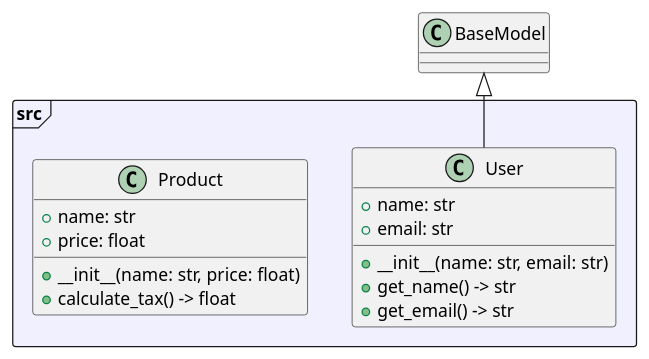
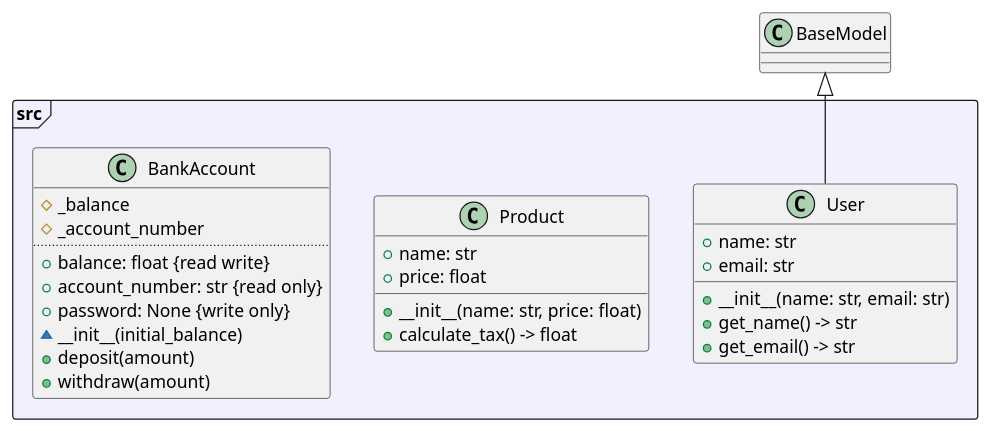
Before and after one commit to mihail-gribov/py2puml: the diagram in README.md, drawn with PlantUML. The commit also changed other lines of this file and 4 other files, not shown here.

````diff
--- a/README.md
+++ b/README.md
@@ -289,22 +290,34 @@
 ```plantuml
 @startuml
 package "src" <<Frame>> #F0F0FF {
   class User {
     + name: str
     + email: str
     + __init__(name: str, email: str)
     + get_name() -> str
     + get_email() -> str
   }
   
   class Product {
     + name: str
     + price: float
     + __init__(name: str, price: float)
     + calculate_tax() -> float
   }
+  
+  class BankAccount {
+    # _balance
+    # _account_number
+    ....
+    + balance: float {read write}
+    + account_number: str {read only}
+    + password: None {write only}
+    ~ __init__(initial_balance)
+    + deposit(amount)
+    + withdraw(amount)
+  }
 }
 
 BaseModel <|-- User
 @enduml
 ```
````
